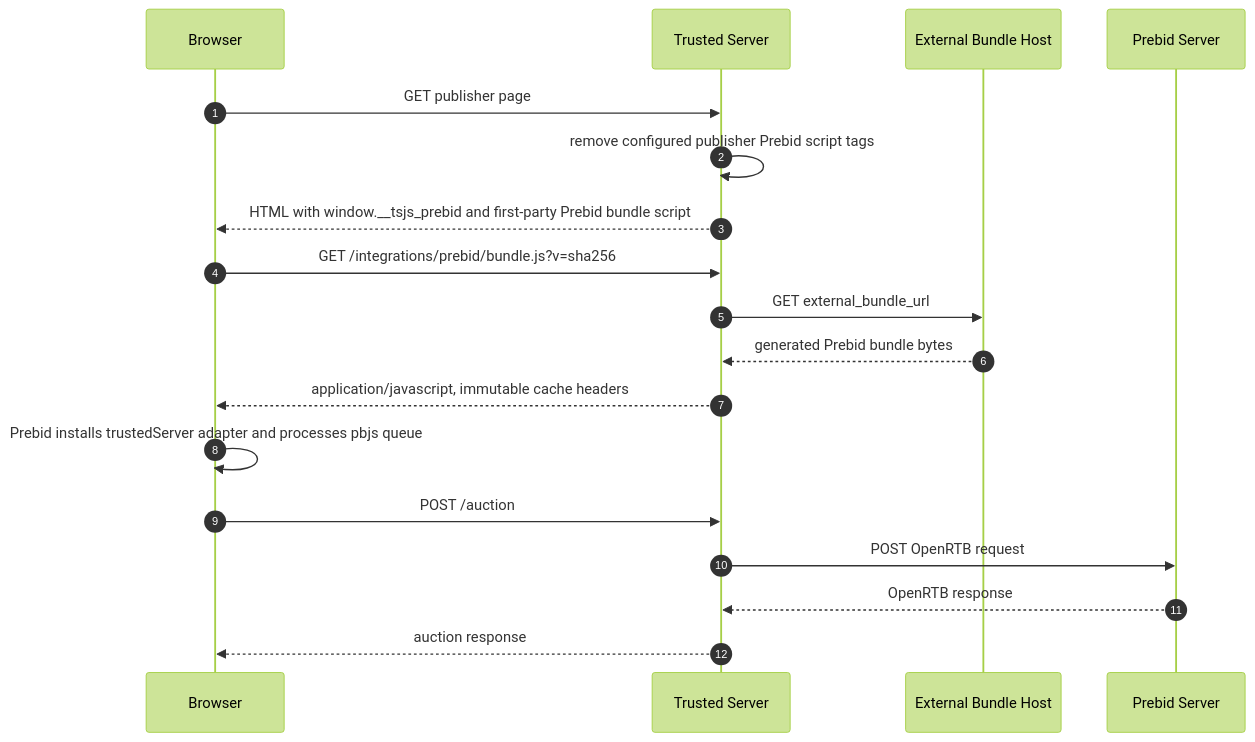
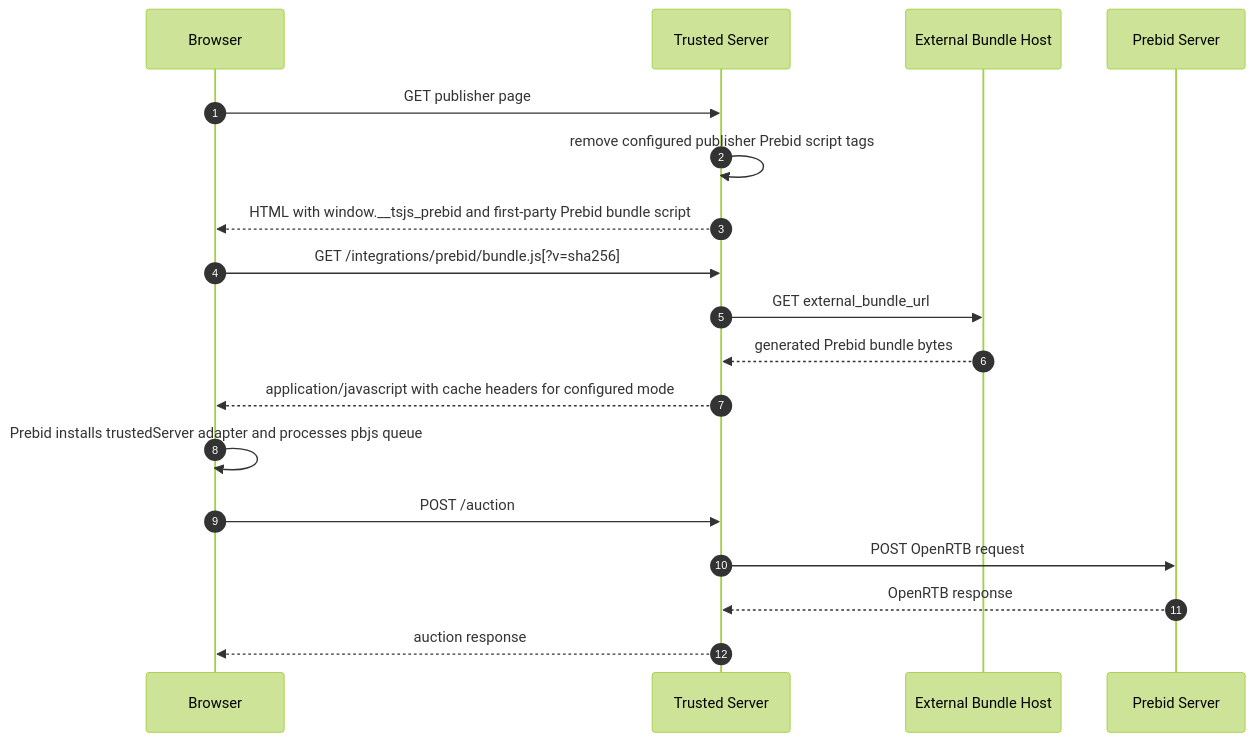
The diagram in docs/superpowers/specs/2026-05-28-external-prebid-first-party-proxy-design.md (IABTechLab/trusted-server), drawn with Mermaid (forest theme) before and after one commit. The commit also changed other lines of this file, not shown here.

````diff
--- a/docs/superpowers/specs/2026-05-28-external-prebid-first-party-proxy-design.md
+++ b/docs/superpowers/specs/2026-05-28-external-prebid-first-party-proxy-design.md
@@ -158,21 +177,21 @@
 ```mermaid
 sequenceDiagram
   autonumber
   participant B as Browser
   participant TS as Trusted Server
   participant CDN as External Bundle Host
   participant PBS as Prebid Server
 
   B->>TS: GET publisher page
   TS->>TS: remove configured publisher Prebid script tags
   TS-->>B: HTML with window.__tsjs_prebid and first-party Prebid bundle script
-  B->>TS: GET /integrations/prebid/bundle.js?v=sha256
+  B->>TS: GET /integrations/prebid/bundle.js[?v=sha256]
   TS->>CDN: GET external_bundle_url
   CDN-->>TS: generated Prebid bundle bytes
-  TS-->>B: application/javascript, immutable cache headers
+  TS-->>B: application/javascript with cache headers for configured mode
   B->>B: Prebid installs trustedServer adapter and processes pbjs queue
   B->>TS: POST /auction
   TS->>PBS: POST OpenRTB request
   PBS-->>TS: OpenRTB response
   TS-->>B: auction response
 ```
````
